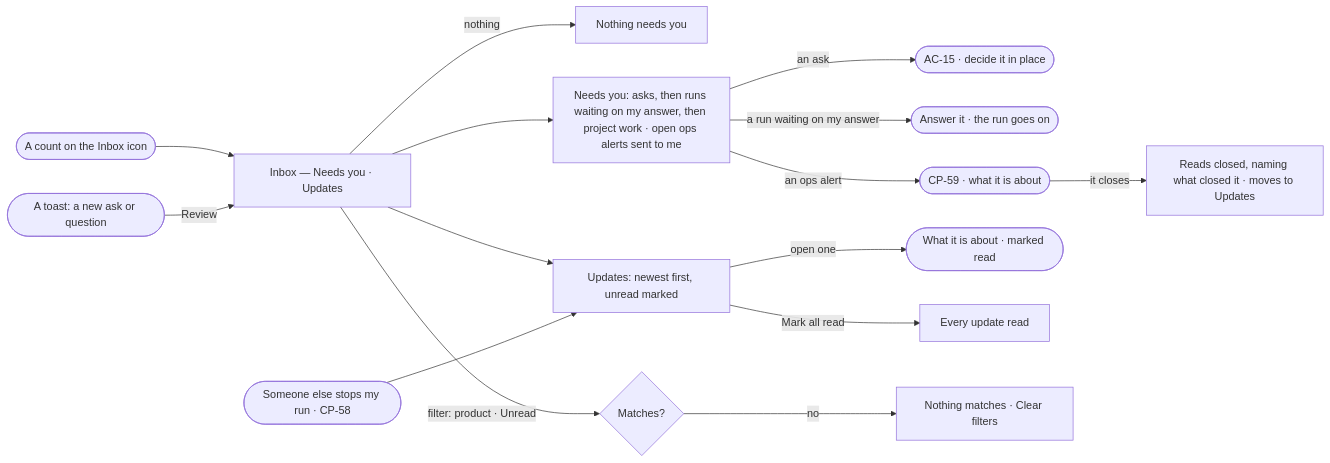
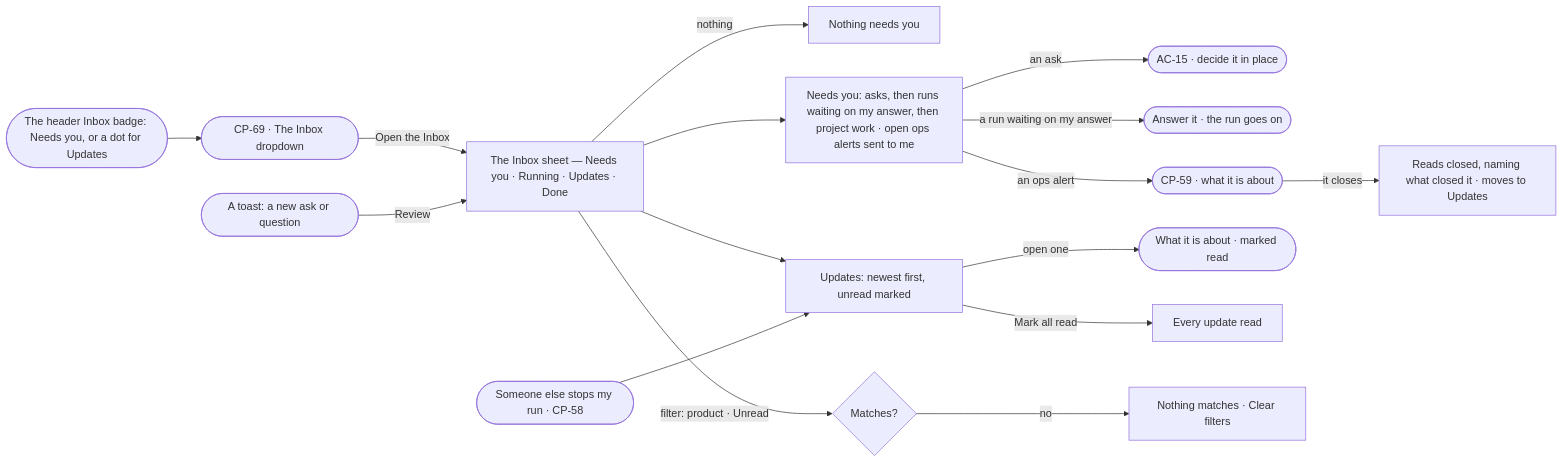
One commit to invana/invana changed the diagram in specs/os/control/features/CP-F08-the-inbox/stories/CP-36-see-what-needs-me-in-one-inbox/story.md. Above: the diagram before and after it, drawn with Mermaid. The commit also changed other lines of this file and 106 other files, not shown here.

````diff
--- a/specs/os/control/features/CP-F08-the-inbox/stories/CP-36-see-what-needs-me-in-one-inbox/story.md
+++ b/specs/os/control/features/CP-F08-the-inbox/stories/CP-36-see-what-needs-me-in-one-inbox/story.md
@@ -26,17 +26,18 @@
 ```mermaid
 flowchart LR
-  c([A count on the Inbox icon]) --> i["Inbox — Needs you · Updates"]
+  c([The header Inbox badge: Needs you, or a dot for Updates]) --> dd(["CP-69 · The Inbox dropdown"])
+  dd -->|Open the Inbox| i["The Inbox sheet — Needs you · Running · Updates · Done"]
   t([A toast: a new ask or question]) -->|Review| i
   i -->|nothing| e["Nothing needs you"]
   i --> n["Needs you: asks, then runs waiting on my answer, then project work · open ops alerts sent to me"]
   n -->|an ask| a(["AC-15 · decide it in place"])
   n -->|a run waiting on my answer| q(["Answer it · the run goes on"])
   n -->|an ops alert| oa(["CP-59 · what it is about"])
   oa -->|it closes| cl["Reads closed, naming what closed it · moves to Updates"]
   i --> u["Updates: newest first, unread marked"]
   st([Someone else stops my run · CP-58]) --> u
   u -->|open one| g(["What it is about · marked read"])
   u -->|Mark all read| r["Every update read"]
   i -->|filter: product · Unread| f{"Matches?"}
   f -->|no| z["Nothing matches · Clear filters"]
 ```
````
